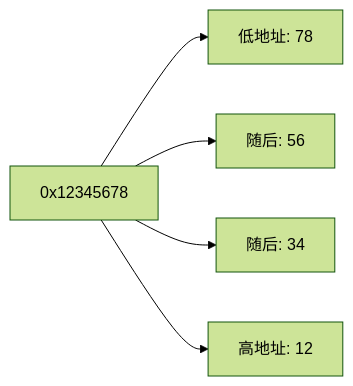
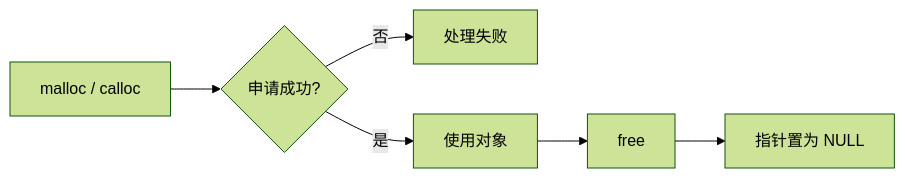
One commit to shanchuann/TheGitbookLibrary changed the sixth of 6 diagrams in C语言圣经/pointers.md. Above: the diagram before and after it, drawn with Mermaid (forest theme). The commit also changed other lines of this file, not shown here.

````diff
--- a/C语言圣经/pointers.md
+++ b/C语言圣经/pointers.md
@@ -99,7 +484,8 @@
-```mermaid
+~~~mermaid
 flowchart LR
-    A[0x12345678] --> B[低地址: 78]
-    A --> C[随后: 56]
-    A --> D[随后: 34]
-    A --> E[高地址: 12]
-```
+    A[malloc / calloc] --> B{申请成功?}
+    B -- 否 --> C[处理失败]
+    B -- 是 --> D[使用对象]
+    D --> E[free]
+    E --> F[指针置为 NULL]
+~~~
````
